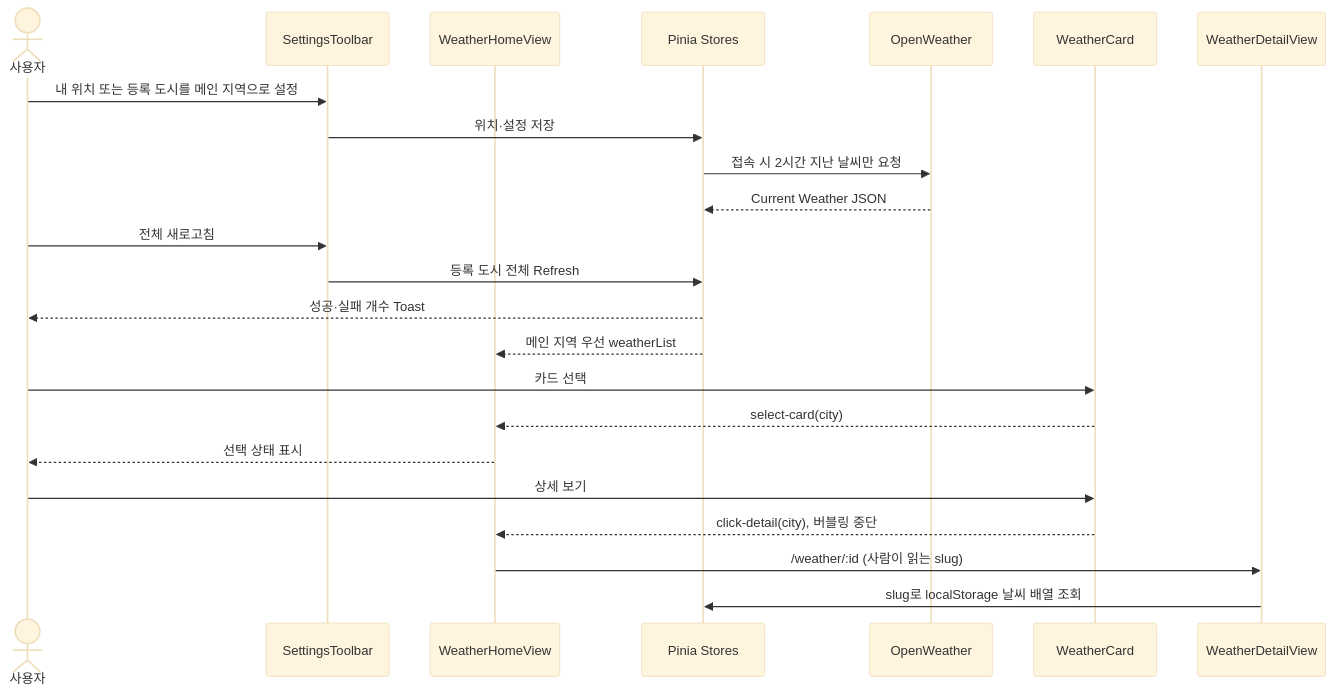
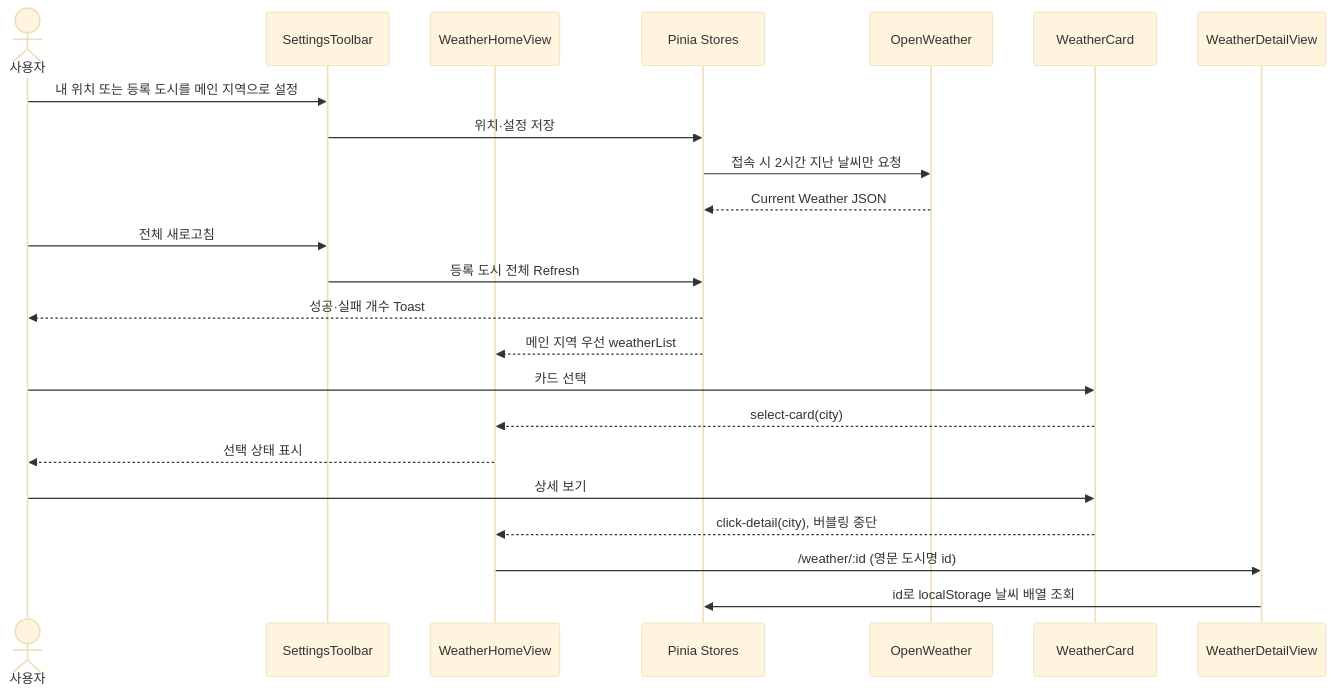
The second of 2 diagrams in requirements/ia.md (seungminoh-dev/skala-vue), drawn with Mermaid (base theme) before and after one commit. The commit also changed other lines of this file and 9 other files, not shown here.

````diff
--- a/requirements/ia.md
+++ b/requirements/ia.md
@@ -139,26 +139,26 @@
 ```mermaid
 sequenceDiagram
   actor User as 사용자
   participant Toolbar as SettingsToolbar
   participant Home as WeatherHomeView
   participant Store as Pinia Stores
   participant API as OpenWeather
   participant Card as WeatherCard
   participant Detail as WeatherDetailView
 
   User->>Toolbar: 내 위치 또는 등록 도시를 메인 지역으로 설정
   Toolbar->>Store: 위치·설정 저장
   Store->>API: 접속 시 2시간 지난 날씨만 요청
   API-->>Store: Current Weather JSON
   User->>Toolbar: 전체 새로고침
   Toolbar->>Store: 등록 도시 전체 Refresh
   Store-->>User: 성공·실패 개수 Toast
   Store-->>Home: 메인 지역 우선 weatherList
   User->>Card: 카드 선택
   Card-->>Home: select-card(city)
   Home-->>User: 선택 상태 표시
   User->>Card: 상세 보기
   Card-->>Home: click-detail(city), 버블링 중단
-  Home->>Detail: /weather/:id (사람이 읽는 slug)
-  Detail->>Store: slug로 localStorage 날씨 배열 조회
+  Home->>Detail: /weather/:id (영문 도시명 id)
+  Detail->>Store: id로 localStorage 날씨 배열 조회
 ```
````
